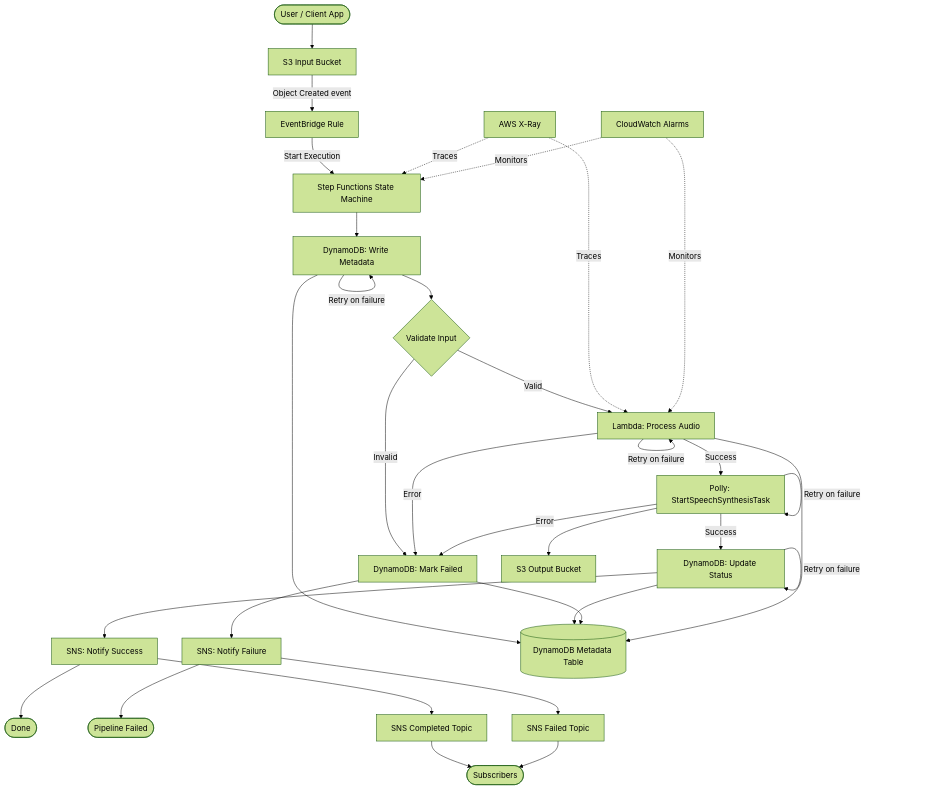
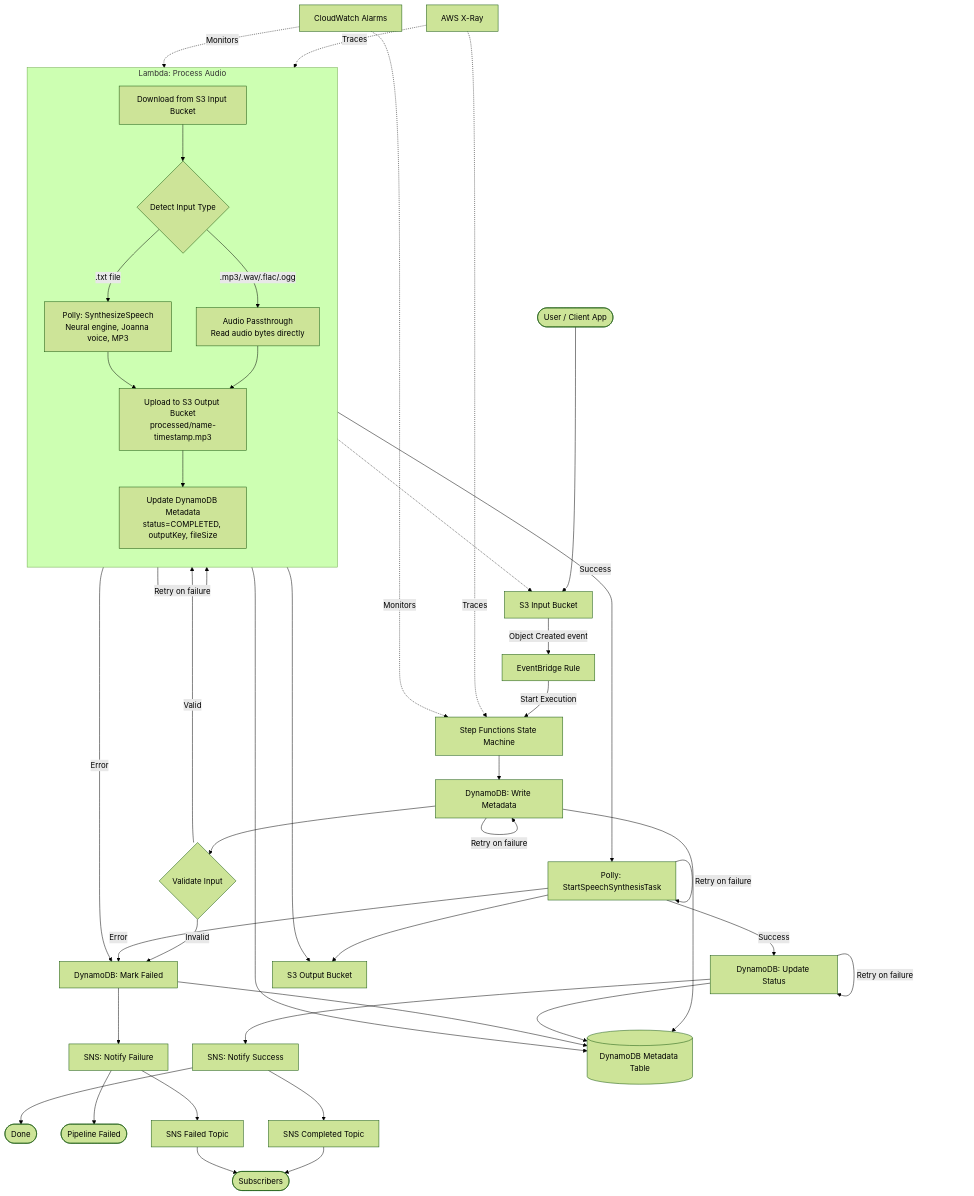
One commit to obstreperous-ai/cdk-sleep-ts-kiro changed the first of 2 diagrams in ARCHITECTURE.md. Above: the diagram before and after it, drawn with Mermaid (forest theme). The commit also changed other lines of this file, not shown here.

Commit message:
docs: update ARCHITECTURE.md to reflect functional audio processing pipeline

````diff
--- a/ARCHITECTURE.md
+++ b/ARCHITECTURE.md
@@ -25,35 +25,55 @@
 ```mermaid
 flowchart TD
     User([User / Client App]) --> S3Input[S3 Input Bucket]
     S3Input -->|Object Created event| EB[EventBridge Rule]
     EB -->|Start Execution| SFN[Step Functions State Machine]
     SFN --> WriteMetadata[DynamoDB: Write Metadata]
     WriteMetadata -->|Retry on failure| WriteMetadata
     WriteMetadata --> ValidateInput{Validate Input}
     ValidateInput -->|Valid| ProcessAudio[Lambda: Process Audio]
     ValidateInput -->|Invalid| MarkFailed[DynamoDB: Mark Failed]
+
+    %% Lambda internal processing steps
+    subgraph ProcessAudio[Lambda: Process Audio]
+        direction TB
+        DownloadS3[Download from S3 Input Bucket]
+        DetectType{Detect Input Type}
+        PollySynth[Polly: SynthesizeSpeech\nNeural engine, Joanna voice, MP3]
+        AudioPassthrough[Audio Passthrough\nRead audio bytes directly]
+        UploadS3[Upload to S3 Output Bucket\nprocessed/name-timestamp.mp3]
+        UpdateDDB[Update DynamoDB Metadata\nstatus=COMPLETED, outputKey, fileSize]
+        DownloadS3 --> DetectType
+        DetectType -->|.txt file| PollySynth
+        DetectType -->|.mp3/.wav/.flac/.ogg| AudioPassthrough
+        PollySynth --> UploadS3
+        AudioPassthrough --> UploadS3
+        UploadS3 --> UpdateDDB
+    end
+
     ProcessAudio -->|Retry on failure| ProcessAudio
     ProcessAudio -->|Success| PollyTask[Polly: StartSpeechSynthesisTask]
     ProcessAudio -->|Error| MarkFailed
     PollyTask -->|Retry on failure| PollyTask
     PollyTask -->|Success| UpdateStatus[DynamoDB: Update Status]
     PollyTask -->|Error| MarkFailed
     UpdateStatus -->|Retry on failure| UpdateStatus
     UpdateStatus --> NotifySuccess[SNS: Notify Success]
     NotifySuccess --> Done([Done])
     MarkFailed --> NotifyFailure[SNS: Notify Failure]
     NotifyFailure --> PipelineFailed([Pipeline Failed])
     WriteMetadata --> DDB[(DynamoDB Metadata Table)]
     UpdateStatus --> DDB
     MarkFailed --> DDB
-    ProcessAudio --> DDB
+    UpdateDDB --> DDB
     NotifySuccess --> SNSCompleted[SNS Completed Topic]
     NotifyFailure --> SNSFailed[SNS Failed Topic]
     SNSCompleted --> Subscribers([Subscribers])
     SNSFailed --> Subscribers
     PollyTask --> S3Output[S3 Output Bucket]
+    UploadS3 --> S3Output
+    DownloadS3 -.-> S3Input
     XRay[AWS X-Ray] -.->|Traces| SFN
     XRay -.->|Traces| ProcessAudio
     CWAlarms[CloudWatch Alarms] -.->|Monitors| SFN
     CWAlarms -.->|Monitors| ProcessAudio
 ```
````
